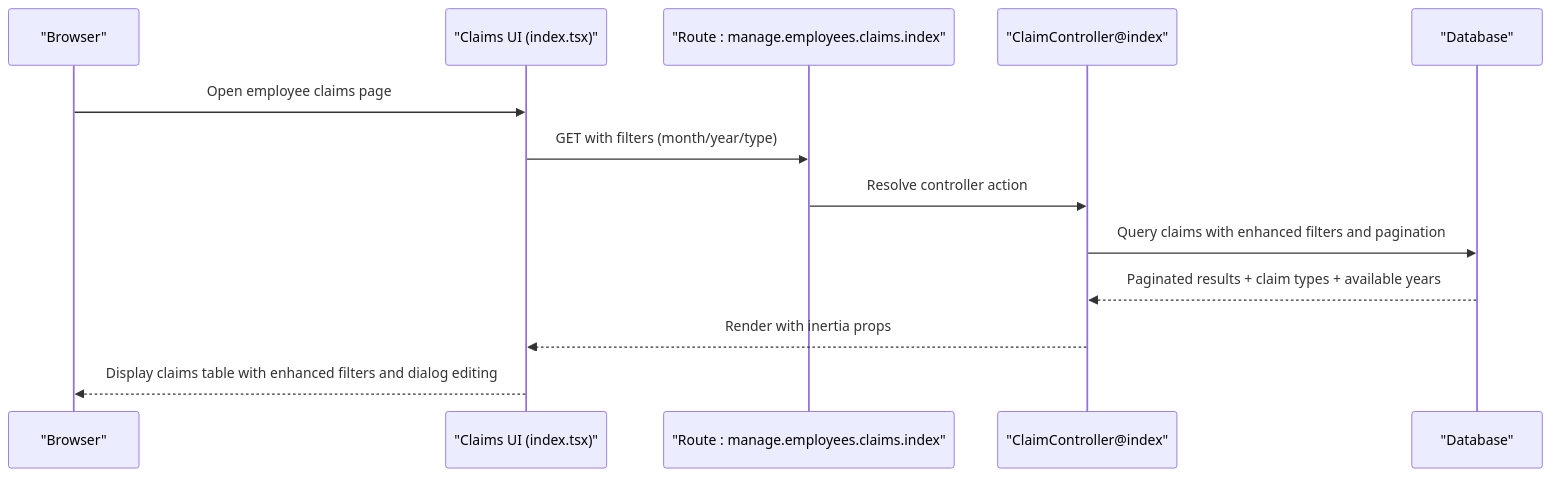
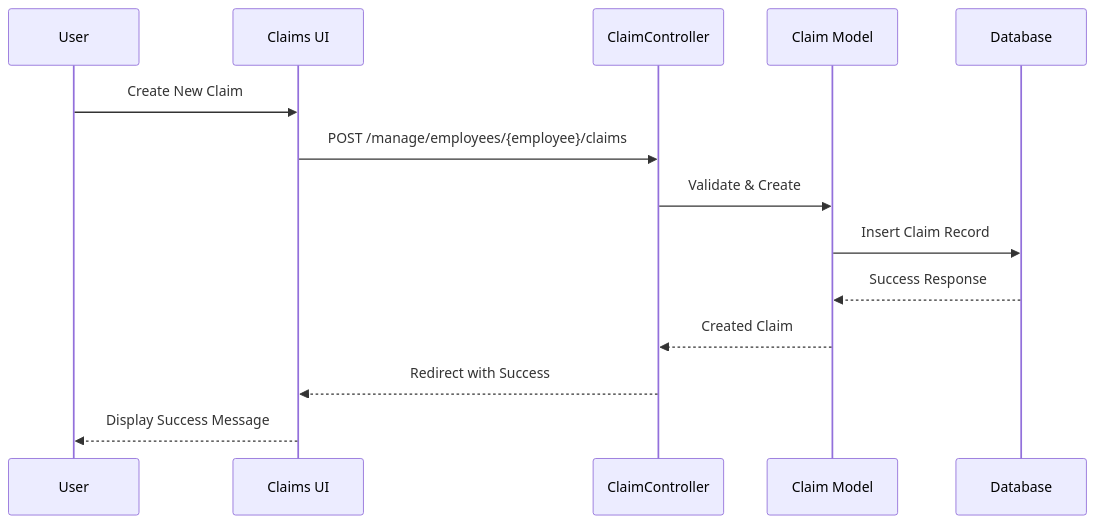
The second of 5 diagrams in .qoder/repowiki/en/content/Employee Management/Employee Claims Management.md (vincet0t15/template), drawn with Mermaid before and after one commit. The commit also changed other lines of this file and 12 other files, not shown here.

````diff
--- a/.qoder/repowiki/en/content/Employee Management/Employee Claims Management.md
+++ b/.qoder/repowiki/en/content/Employee Management/Employee Claims Management.md
@@ -157,15 +185,16 @@
 ```mermaid
 sequenceDiagram
-participant Browser as "Browser"
-participant UI as "Claims UI (index.tsx)"
-participant Route as "Route : manage.employees.claims.index"
-participant Ctrl as "ClaimController@index"
-participant DB as "Database"
-Browser->>UI : Open employee claims page
-UI->>Route : GET with filters (month/year/type)
-Route->>Ctrl : Resolve controller action
-Ctrl->>DB : Query claims with enhanced filters and pagination
-DB-->>Ctrl : Paginated results + claim types + available years
-Ctrl-->>UI : Render with inertia props
-UI-->>Browser : Display claims table with enhanced filters and dialog editing
+participant User as User
+participant UI as Claims UI
+participant Controller as ClaimController
+participant Model as Claim Model
+participant DB as Database
+User->>UI : Create New Claim
+UI->>Controller : POST /manage/employees/{employee}/claims
+Controller->>Model : Validate & Create
+Model->>DB : Insert Claim Record
+DB-->>Model : Success Response
+Model-->>Controller : Created Claim
+Controller-->>UI : Redirect with Success
+UI-->>User : Display Success Message
 ```
````
